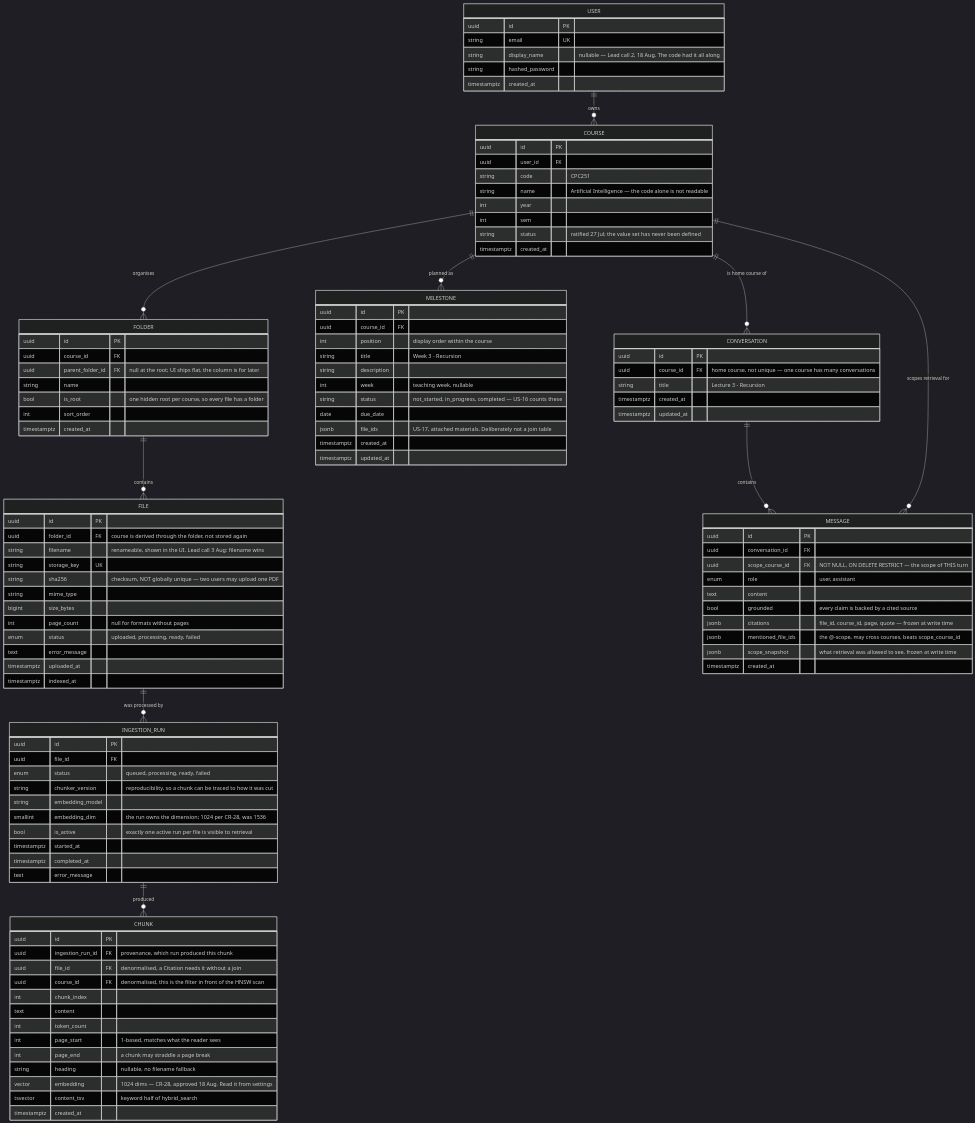
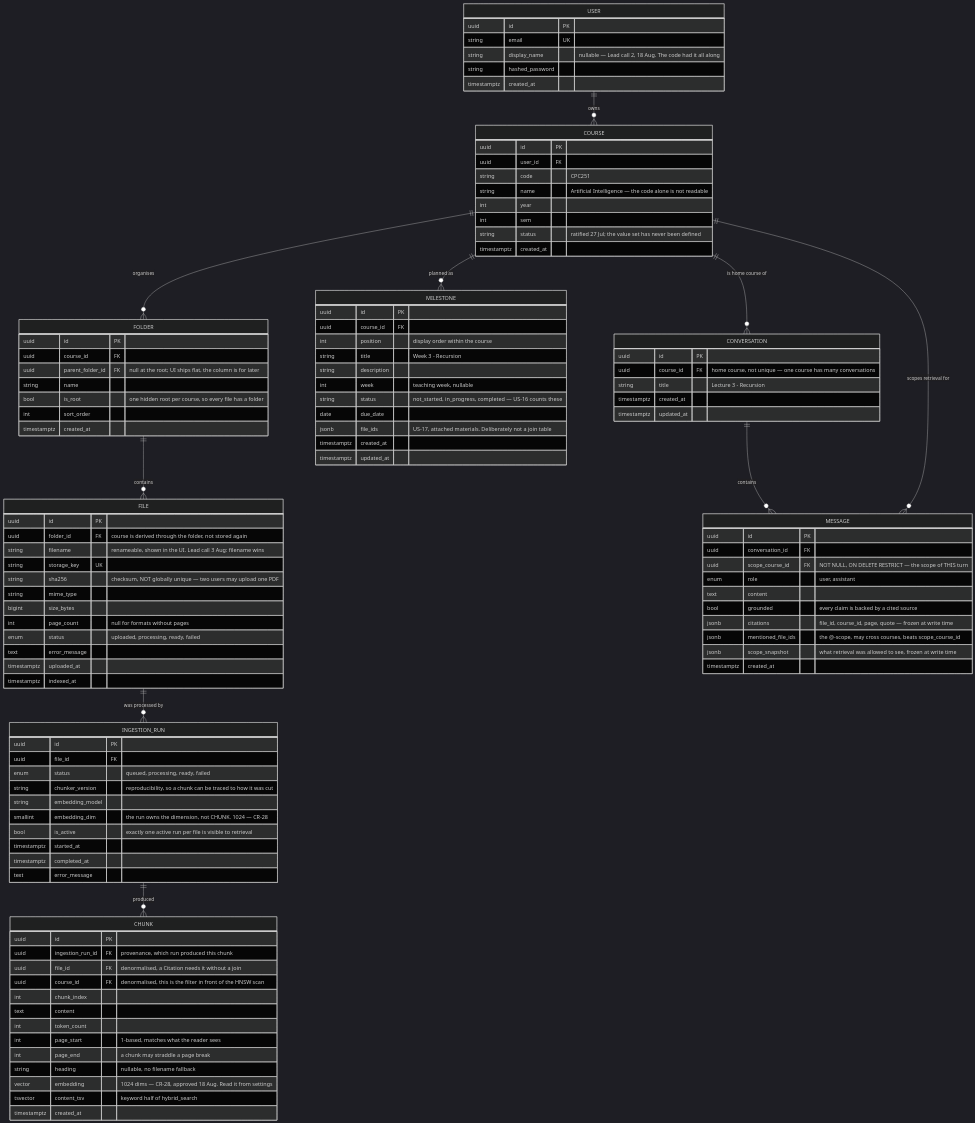
Before and after one commit to SussyMouse/NotToBeCooked: the diagram in docs/erd/erd.mmd, drawn with Mermaid (dark theme). The commit also changed 1 other file, not shown here.

First paragraph of the commit message:
docs(erd): regenerate erd.png against the 18 Aug diagram
The .mmd was updated for the meeting and the PNG was not, so the attachment
disagreed with the file of record. Regenerated with the recorded recipe:

```diff
--- a/docs/erd/erd.mmd
+++ b/docs/erd/erd.mmd
@@ -162,7 +162,7 @@
         enum status "queued, processing, ready, failed"
         string chunker_version "reproducibility, so a chunk can be traced to how it was cut"
         string embedding_model
-        smallint embedding_dim "the run owns the dimension; 1024 per CR-28, was 1536"
+        smallint embedding_dim "the run owns the dimension, not CHUNK. 1024 — CR-28"
         bool is_active "exactly one active run per file is visible to retrieval"
         timestamptz started_at
         timestamptz completed_at
```
